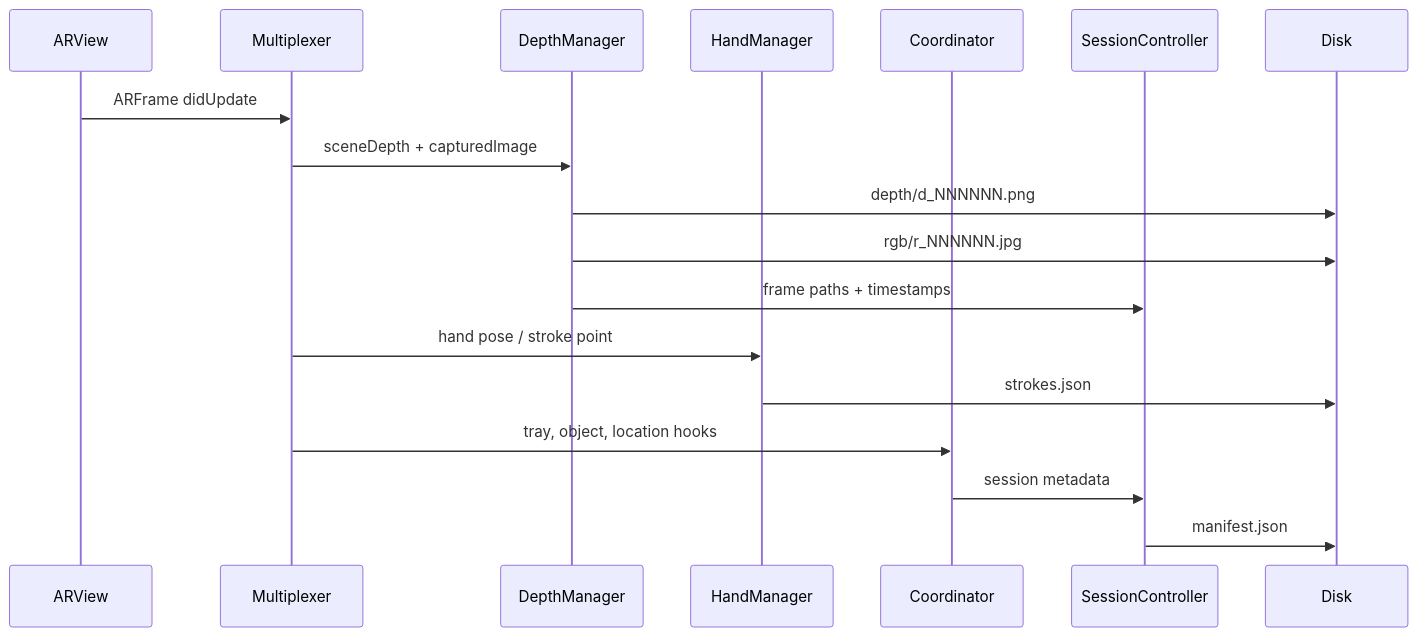
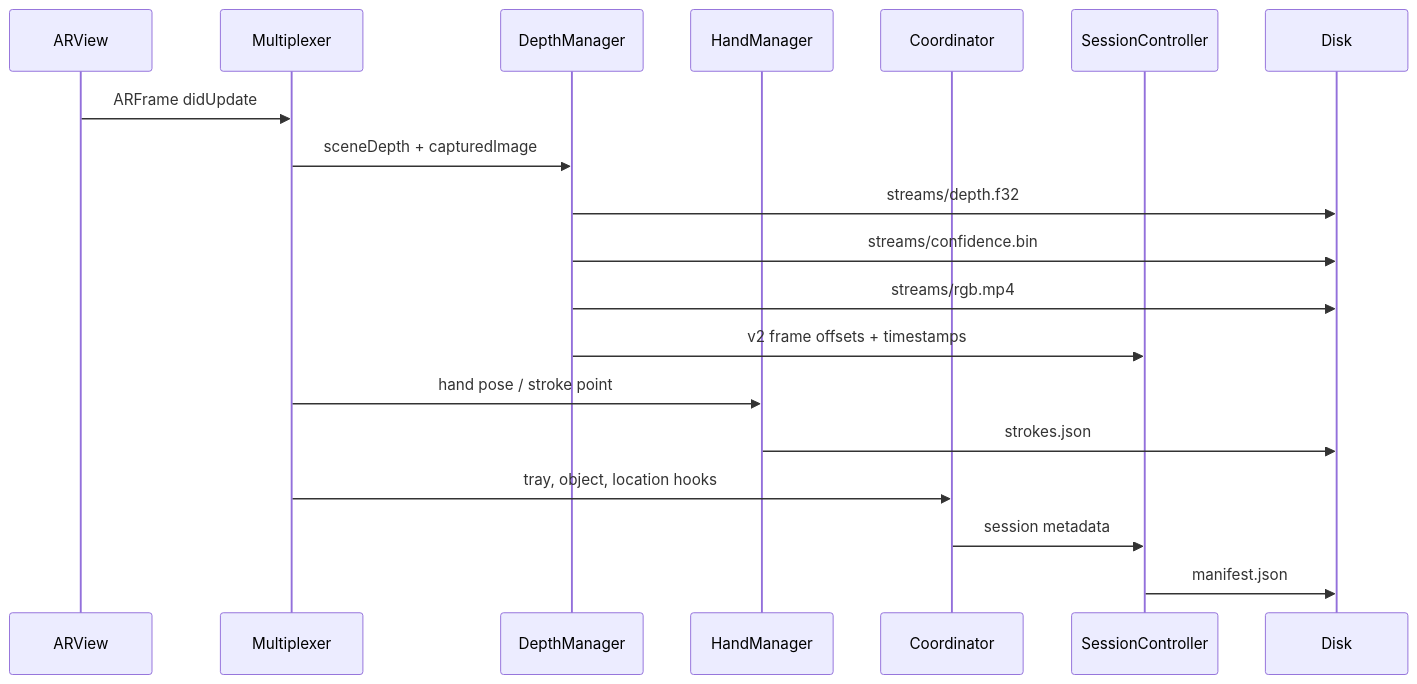
The second of 4 diagrams in README.md (VijitPugalia/SandStories), drawn with Mermaid before and after one commit. The commit also changed other lines of this file and 30 other files, not shown here.

Commit message:
feat: add v2 depth streams and IPA workflow

````diff
--- a/README.md
+++ b/README.md
@@ -76,21 +76,22 @@
 ```mermaid
 sequenceDiagram
   participant ARView
   participant Multiplexer
   participant DepthManager
   participant HandManager
   participant Coordinator
   participant SessionController
   participant Disk
 
   ARView->>Multiplexer: ARFrame didUpdate
   Multiplexer->>DepthManager: sceneDepth + capturedImage
-  DepthManager->>Disk: depth/d_NNNNNN.png
-  DepthManager->>Disk: rgb/r_NNNNNN.jpg
-  DepthManager->>SessionController: frame paths + timestamps
+  DepthManager->>Disk: streams/depth.f32
+  DepthManager->>Disk: streams/confidence.bin
+  DepthManager->>Disk: streams/rgb.mp4
+  DepthManager->>SessionController: v2 frame offsets + timestamps
   Multiplexer->>HandManager: hand pose / stroke point
   HandManager->>Disk: strokes.json
   Multiplexer->>Coordinator: tray, object, location hooks
   Coordinator->>SessionController: session metadata
   SessionController->>Disk: manifest.json
 ```
````
